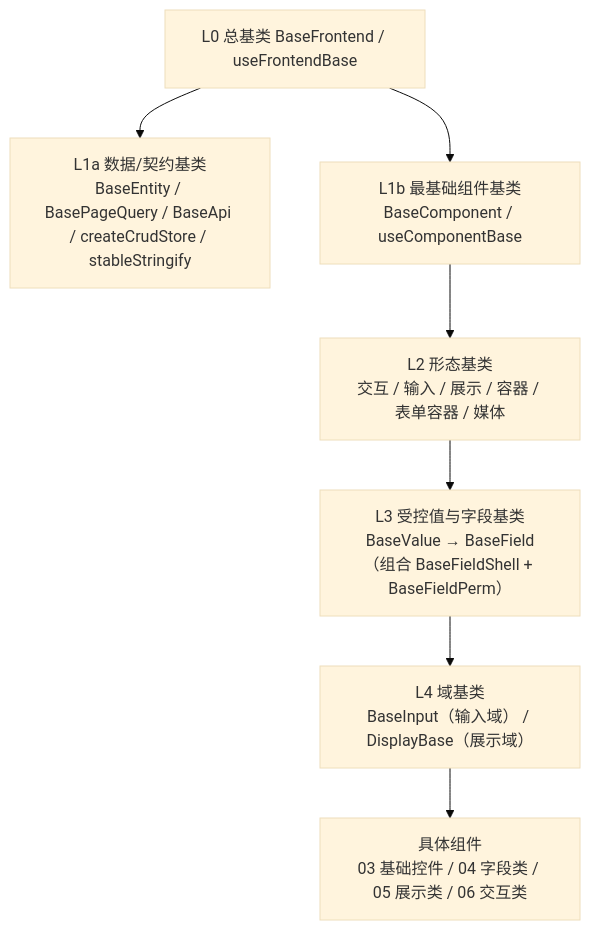
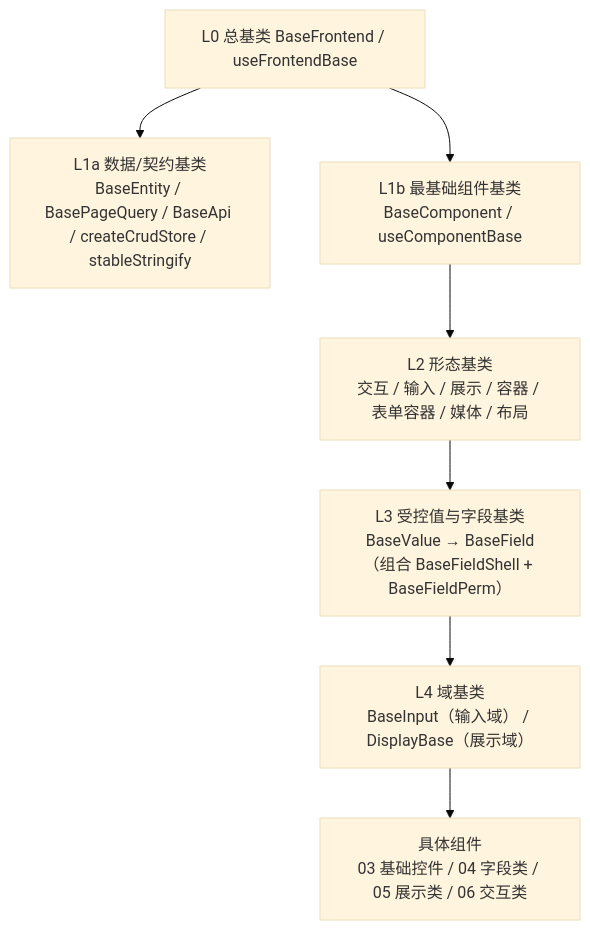
The first of 2 diagrams in bms文档/规范/前端开发规范.md (minjian123/basic-management-system), drawn with Mermaid (base theme) before and after one commit. The commit also changed other lines of this file and 243 other files, not shown here.

````diff
--- a/bms文档/规范/前端开发规范.md
+++ b/bms文档/规范/前端开发规范.md
@@ -47,16 +47,16 @@
 ```mermaid
 flowchart TD
     L0["L0 总基类 BaseFrontend / useFrontendBase"]
     L1A["L1a 数据/契约基类<br/>BaseEntity / BasePageQuery / BaseApi / createCrudStore / stableStringify"]
     L1B["L1b 最基础组件基类<br/>BaseComponent / useComponentBase"]
-    L2["L2 形态基类<br/>交互 / 输入 / 展示 / 容器 / 表单容器 / 媒体"]
+    L2["L2 形态基类<br/>交互 / 输入 / 展示 / 容器 / 表单容器 / 媒体 / 布局"]
     L3["L3 受控值与字段基类<br/>BaseValue → BaseField（组合 BaseFieldShell + BaseFieldPerm）"]
     L4["L4 域基类<br/>BaseInput（输入域） / DisplayBase（展示域）"]
     L5["具体组件<br/>03 基础控件 / 04 字段类 / 05 展示类 / 06 交互类"]
     L0 --> L1A
     L0 --> L1B
     L1B --> L2
     L2 --> L3
     L3 --> L4
     L4 --> L5
 ```
````
